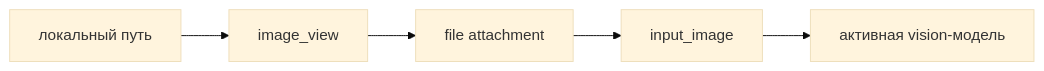
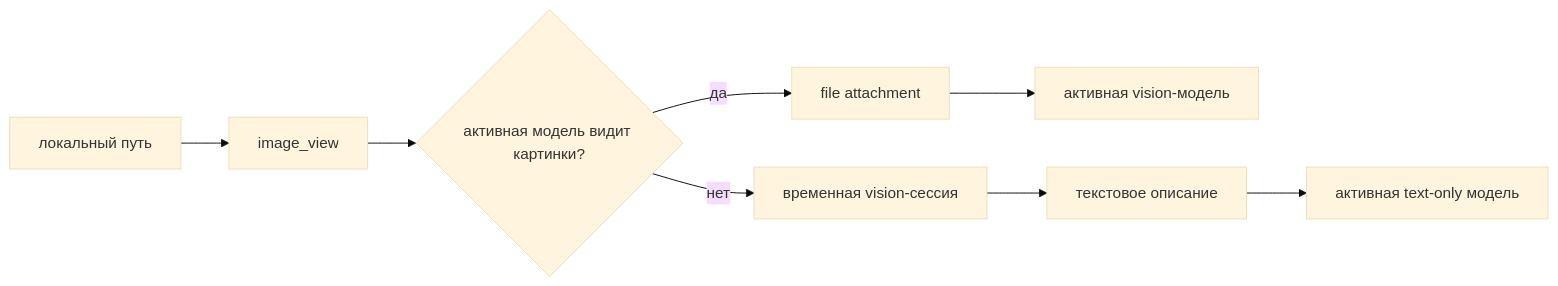
One commit to Krablante/opencode-see changed the diagram in README.ru.md. Above: the diagram before and after it, drawn with Mermaid (base theme). The commit also changed other lines of this file and 22 other files, not shown here.

Commit message:
feat: delegate vision for text-only models

````diff
--- a/README.ru.md
+++ b/README.ru.md
@@ -48,7 +51,10 @@
 ```mermaid
 flowchart LR
   P[локальный путь] --> T[image_view]
-  T --> A[file attachment]
-  A --> I[input_image]
-  I --> M[активная vision-модель]
+  T --> C{активная модель видит картинки?}
+  C -->|да| A[file attachment]
+  A --> M[активная vision-модель]
+  C -->|нет| D[временная vision-сессия]
+  D --> X[текстовое описание]
+  X --> N[активная text-only модель]
 ```
````
